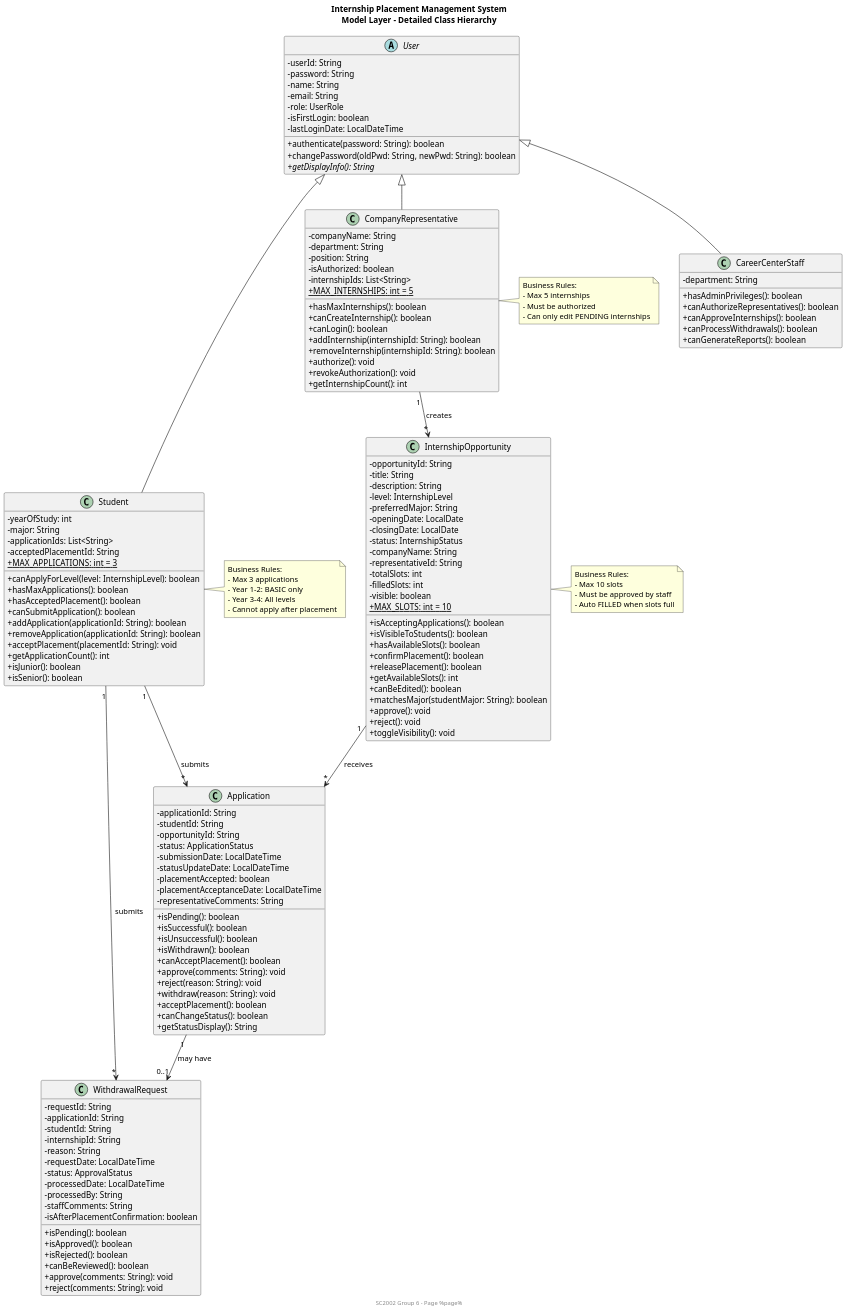
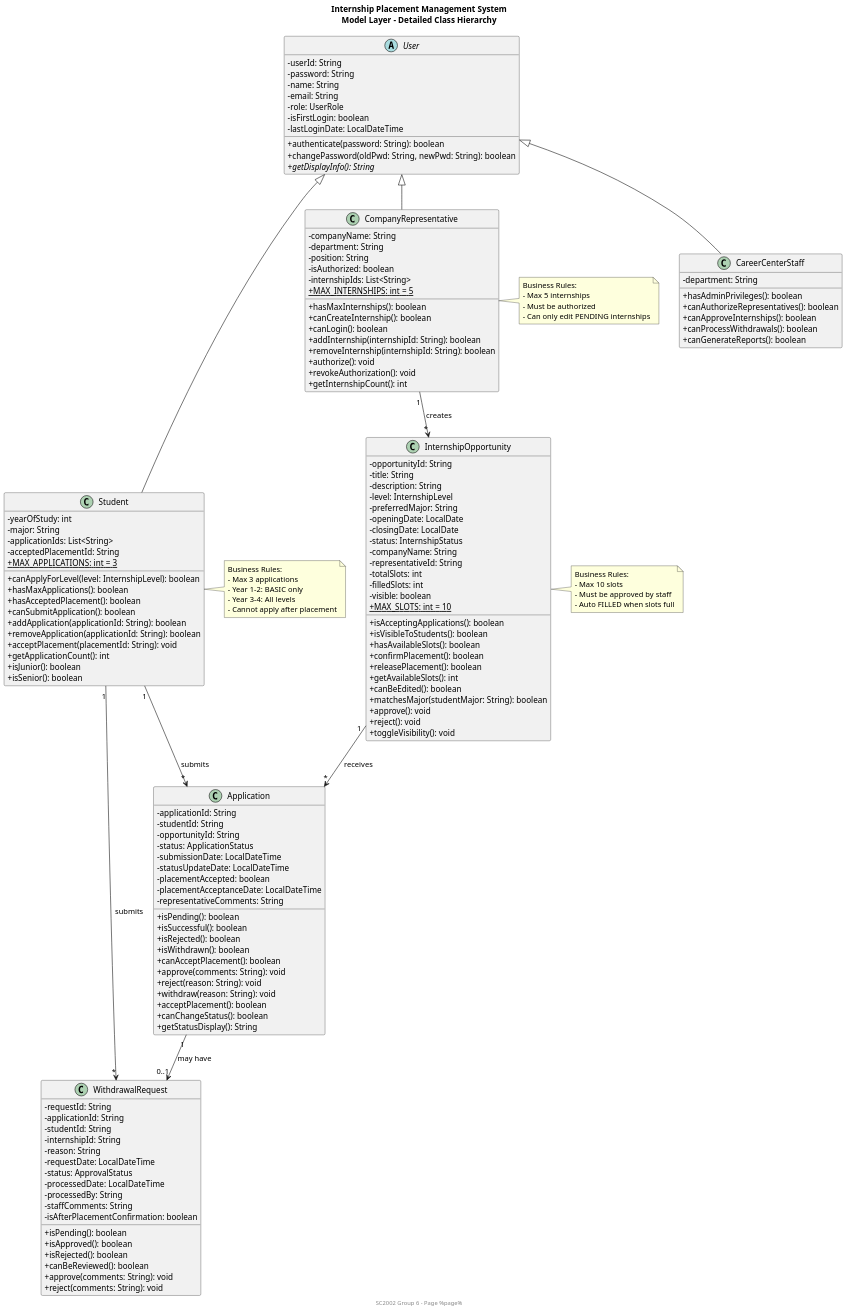
One commit to waiyanminkoko/internship-placement-management-system-sc2002 changed the diagram in docs/uml/class-diagrams/02-model-hierarchy.puml. Above: the diagram before and after it, drawn with PlantUML. The commit also changed 226 other files, not shown here.

```diff
--- a/docs/uml/class-diagrams/02-model-hierarchy.puml
+++ b/docs/uml/class-diagrams/02-model-hierarchy.puml
@@ -1,182 +1,182 @@
 @startuml model-hierarchy
 ' SC2002 Group 6 - Internship Placement Management System
 ' Model Layer Detailed Class Diagram
 
 ' Remove size limits to show full diagram
 scale max 4096 width
 scale max 4096 height
 
 title Internship Placement Management System\nModel Layer - Detailed Class Hierarchy
 footer SC2002 Group 6 - Page %page%
 
 ' Styling
 skinparam classAttributeIconSize 0
 skinparam shadowing false
 skinparam dpi 150
 
 ' User hierarchy
 abstract class User {
     - userId: String
     - password: String
     - name: String
     - email: String
     - role: UserRole
     - isFirstLogin: boolean
     - lastLoginDate: LocalDateTime
     + authenticate(password: String): boolean
     + changePassword(oldPwd: String, newPwd: String): boolean
     + {abstract} getDisplayInfo(): String
 }
 
 class Student {
     - yearOfStudy: int
     - major: String
     - applicationIds: List<String>
     - acceptedPlacementId: String
     {static} + MAX_APPLICATIONS: int = 3
     + canApplyForLevel(level: InternshipLevel): boolean
     + hasMaxApplications(): boolean
     + hasAcceptedPlacement(): boolean
     + canSubmitApplication(): boolean
     + addApplication(applicationId: String): boolean
     + removeApplication(applicationId: String): boolean
     + acceptPlacement(placementId: String): void
     + getApplicationCount(): int
     + isJunior(): boolean
     + isSenior(): boolean
 }
 
 class CompanyRepresentative {
     - companyName: String
     - department: String
     - position: String
     - isAuthorized: boolean
     - internshipIds: List<String>
     {static} + MAX_INTERNSHIPS: int = 5
     + hasMaxInternships(): boolean
     + canCreateInternship(): boolean
     + canLogin(): boolean
     + addInternship(internshipId: String): boolean
     + removeInternship(internshipId: String): boolean
     + authorize(): void
     + revokeAuthorization(): void
     + getInternshipCount(): int
 }
 
 class CareerCenterStaff {
     - department: String
     + hasAdminPrivileges(): boolean
     + canAuthorizeRepresentatives(): boolean
     + canApproveInternships(): boolean
     + canProcessWithdrawals(): boolean
     + canGenerateReports(): boolean
 }
 
 ' Other model classes
 class InternshipOpportunity {
     - opportunityId: String
     - title: String
     - description: String
     - level: InternshipLevel
     - preferredMajor: String
     - openingDate: LocalDate
     - closingDate: LocalDate
     - status: InternshipStatus
     - companyName: String
     - representativeId: String
     - totalSlots: int
     - filledSlots: int
     - visible: boolean
     {static} + MAX_SLOTS: int = 10
     + isAcceptingApplications(): boolean
     + isVisibleToStudents(): boolean
     + hasAvailableSlots(): boolean
     + confirmPlacement(): boolean
     + releasePlacement(): boolean
     + getAvailableSlots(): int
     + canBeEdited(): boolean
     + matchesMajor(studentMajor: String): boolean
     + approve(): void
     + reject(): void
     + toggleVisibility(): void
 }
 
 class Application {
     - applicationId: String
     - studentId: String
     - opportunityId: String
     - status: ApplicationStatus
     - submissionDate: LocalDateTime
     - statusUpdateDate: LocalDateTime
     - placementAccepted: boolean
     - placementAcceptanceDate: LocalDateTime
     - representativeComments: String
     + isPending(): boolean
     + isSuccessful(): boolean
-    + isUnsuccessful(): boolean
+    + isRejected(): boolean
     + isWithdrawn(): boolean
     + canAcceptPlacement(): boolean
     + approve(comments: String): void
     + reject(reason: String): void
     + withdraw(reason: String): void
     + acceptPlacement(): boolean
     + canChangeStatus(): boolean
     + getStatusDisplay(): String
 }
 
 class WithdrawalRequest {
     - requestId: String
     - applicationId: String
     - studentId: String
     - internshipId: String
     - reason: String
     - requestDate: LocalDateTime
     - status: ApprovalStatus
     - processedDate: LocalDateTime
     - processedBy: String
     - staffComments: String
     - isAfterPlacementConfirmation: boolean
     + isPending(): boolean
     + isApproved(): boolean
     + isRejected(): boolean
     + canBeReviewed(): boolean
     + approve(comments: String): void
     + reject(comments: String): void
 }
 
 ' Inheritance Relationships
 User <|-- Student
 User <|-- CompanyRepresentative
 User <|-- CareerCenterStaff
 
 ' Association Relationships
 Student "1" --> "*" Application : submits
 CompanyRepresentative "1" --> "*" InternshipOpportunity : creates
 InternshipOpportunity "1" --> "*" Application : receives
 Student "1" --> "*" WithdrawalRequest : submits
 Application "1" --> "0..1" WithdrawalRequest : may have
 
 ' Notes
 note right of Student
   Business Rules:
   - Max 3 applications
   - Year 1-2: BASIC only
   - Year 3-4: All levels
   - Cannot apply after placement
 end note
 
 note right of CompanyRepresentative
   Business Rules:
   - Max 5 internships
   - Must be authorized
   - Can only edit PENDING internships
 end note
 
 note right of InternshipOpportunity
   Business Rules:
   - Max 10 slots
   - Must be approved by staff
   - Auto FILLED when slots full
 end note
 
 @enduml
```
